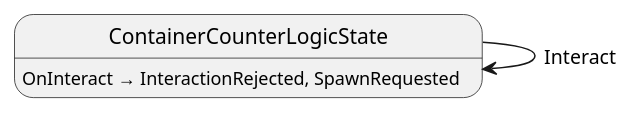
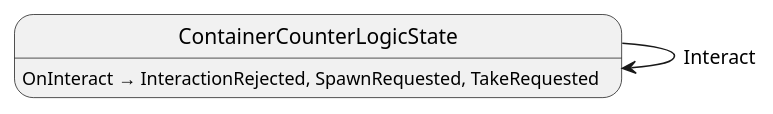
The diagram in src/counters/container_counter/ContainerCounterLogicState.g.puml (MaymeJetsoft/KitchenChaos), drawn with PlantUML before and after one commit. The commit also changed 5 other files, not shown here.

Commit message:
containerCounter: add kitchenObject on top, dont take directly

```diff
--- a/src/counters/container_counter/ContainerCounterLogicState.g.puml
+++ b/src/counters/container_counter/ContainerCounterLogicState.g.puml
@@ -1,7 +1,7 @@
 @startuml ContainerCounterLogicState
 state "ContainerCounterLogicState" as KitchenChaos_ContainerCounterLogicState
 
 KitchenChaos_ContainerCounterLogicState --> KitchenChaos_ContainerCounterLogicState : Interact
 
-KitchenChaos_ContainerCounterLogicState : OnInteract → InteractionRejected, SpawnRequested
+KitchenChaos_ContainerCounterLogicState : OnInteract → InteractionRejected, SpawnRequested, TakeRequested
 @enduml
```
